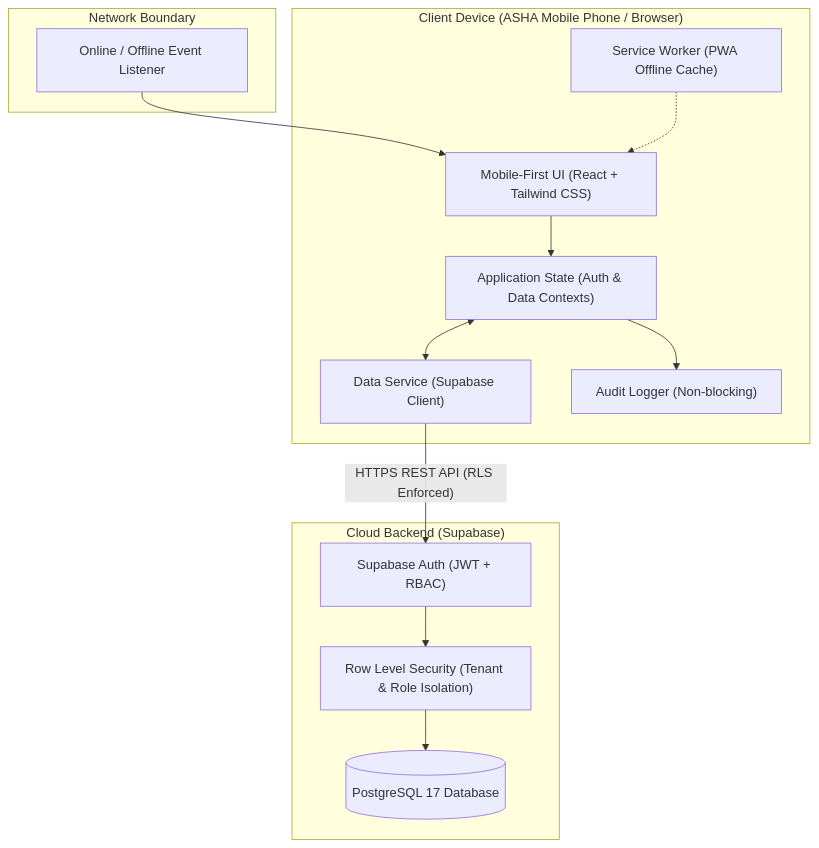
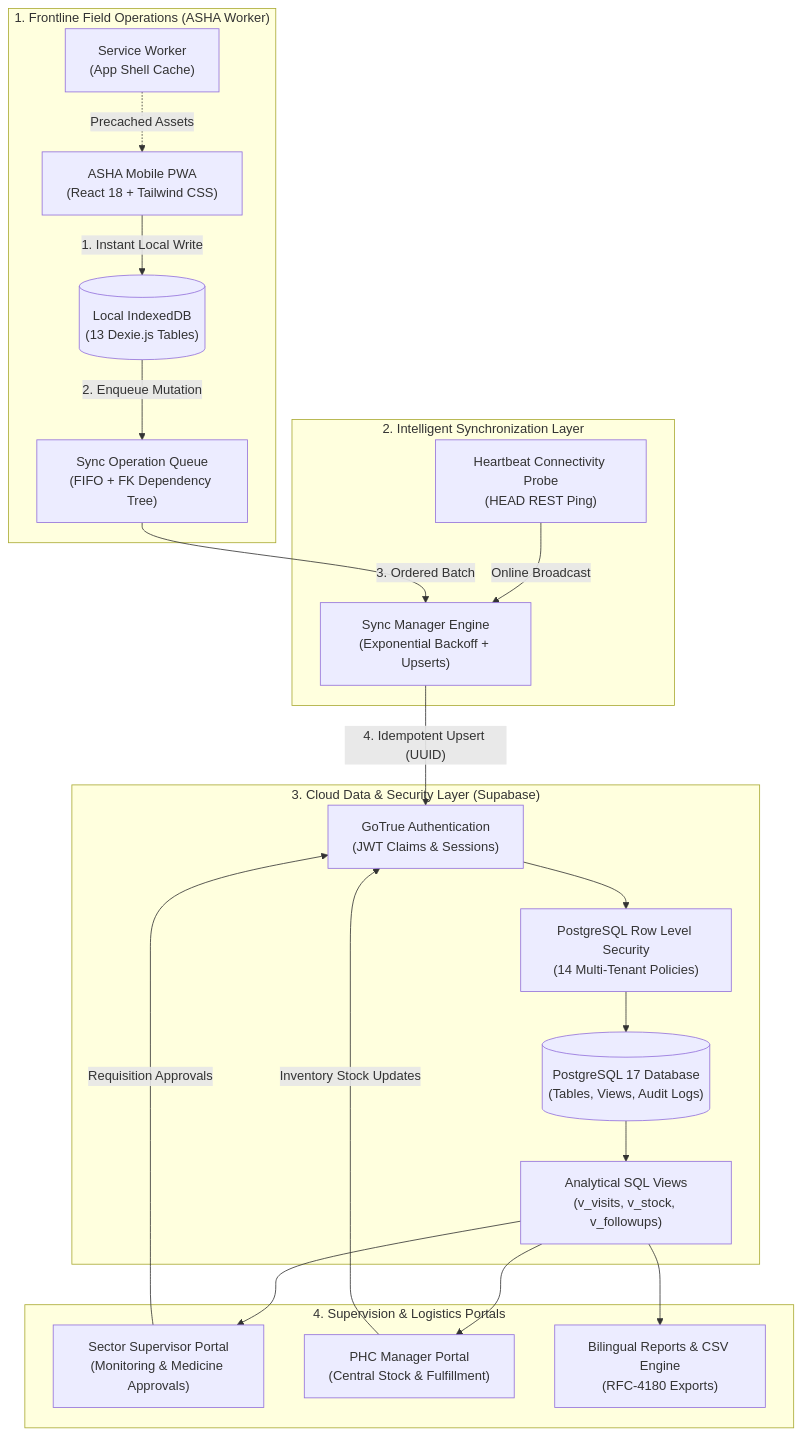
Before and after one commit to Khemraj-Sahu-9/IUR-26: the diagram in docs/architecture.md, drawn with Mermaid. The commit also changed other lines of this file and 8 other files, not shown here.

````diff
--- a/docs/architecture.md
+++ b/docs/architecture.md
@@ -6,29 +12,47 @@
 ```mermaid
 flowchart TD
-    subgraph Client ["Client Device (ASHA Mobile Phone / Browser)"]
-        UI["Mobile-First UI (React + Tailwind CSS)"]
-        State["Application State (Auth & Data Contexts)"]
-        DataService["Data Service (Supabase Client)"]
-        AuditService["Audit Logger (Non-blocking)"]
-        SW["Service Worker (PWA Offline Cache)"]
+    subgraph Frontline ["1. Frontline Field Operations (ASHA Worker)"]
+        AshaUI["ASHA Mobile PWA<br/>(React 18 + Tailwind CSS)"]
+        DexieDB[("Local IndexedDB<br/>(13 Dexie.js Tables)")]
+        SyncQueue["Sync Operation Queue<br/>(FIFO + FK Dependency Tree)"]
+        SW["Service Worker<br/>(App Shell Cache)"]
     end
 
-    subgraph Network ["Network Boundary"]
-        Detector["Online / Offline Event Listener"]
+    subgraph SyncEngine ["2. Intelligent Synchronization Layer"]
+        ConnProbe["Heartbeat Connectivity Probe<br/>(HEAD REST Ping)"]
+        SyncMgr["Sync Manager Engine<br/>(Exponential Backoff + Upserts)"]
     end
 
-    subgraph Backend ["Cloud Backend (Supabase)"]
-        Auth["Supabase Auth (JWT + RBAC)"]
-        Postgres[("PostgreSQL 17 Database")]
-        RLS["Row Level Security (Tenant & Role Isolation)"]
+    subgraph CloudBackend ["3. Cloud Data & Security Layer (Supabase)"]
+        Auth["GoTrue Authentication<br/>(JWT Claims & Sessions)"]
+        RLS["PostgreSQL Row Level Security<br/>(14 Multi-Tenant Policies)"]
+        PostgresDB[("PostgreSQL 17 Database<br/>(Tables, Views, Audit Logs)")]
+        Views["Analytical SQL Views<br/>(v_visits, v_stock, v_followups)"]
     end
 
-    UI --> State
-    State <--> DataService
-    State --> AuditService
-    Detector --> UI
-    DataService -- "HTTPS REST API (RLS Enforced)" --> Auth
+    subgraph Institutional ["4. Supervision & Logistics Portals"]
+        SupUI["Sector Supervisor Portal<br/>(Monitoring & Medicine Approvals)"]
+        MgrUI["PHC Manager Portal<br/>(Central Stock & Fulfillment)"]
+        Reports["Bilingual Reports & CSV Engine<br/>(RFC-4180 Exports)"]
+    end
+
+    %% Field writes
+    AshaUI -->|"1. Instant Local Write"| DexieDB
+    DexieDB -->|"2. Enqueue Mutation"| SyncQueue
+    SW -.->|"Precached Assets"| AshaUI
+
+    %% Synchronization
+    ConnProbe -->|"Online Broadcast"| SyncMgr
+    SyncQueue -->|"3. Ordered Batch"| SyncMgr
+    SyncMgr -->|"4. Idempotent Upsert (UUID)"| Auth
     Auth --> RLS
-    RLS --> Postgres
-    SW -.-> UI
+    RLS --> PostgresDB
+    PostgresDB --> Views
+
+    %% Upstream roles
+    Views --> SupUI
+    Views --> MgrUI
+    Views --> Reports
+    SupUI -->|"Requisition Approvals"| Auth
+    MgrUI -->|"Inventory Stock Updates"| Auth
 ```
````
